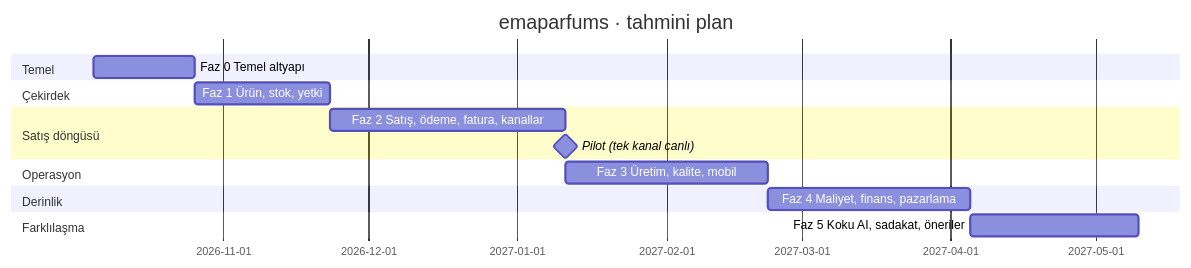
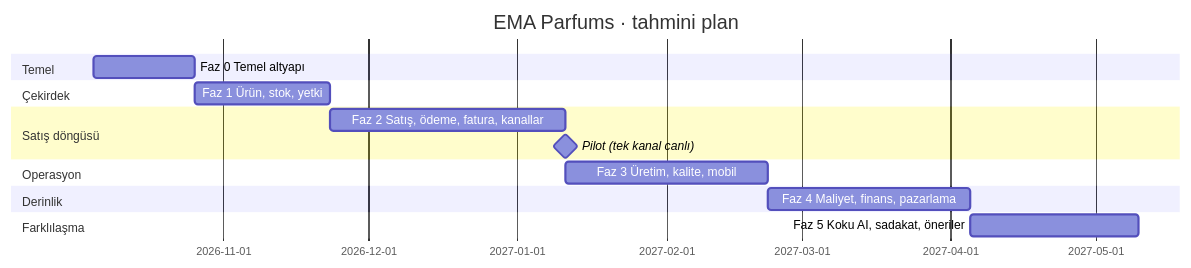
The diagram in docs/05-yol-haritasi.md (muhammedkoca-medra/emaparfums-erp), drawn with Mermaid before and after one commit. The commit also changed 22 other files, not shown here.

First line of the commit message:
feat(web): EMA Parfums logo and brand name

````diff
--- a/docs/05-yol-haritasi.md
+++ b/docs/05-yol-haritasi.md
@@ -7,18 +7,18 @@
 ```mermaid
 gantt
   dateFormat  YYYY-MM-DD
-  title emaparfums · tahmini plan
+  title EMA Parfums · tahmini plan
   section Temel
   Faz 0 Temel altyapı          :f0, 2026-10-05, 3w
   section Çekirdek
   Faz 1 Ürün, stok, yetki      :f1, after f0, 4w
   section Satış döngüsü
   Faz 2 Satış, ödeme, fatura, kanallar :f2, after f1, 7w
   Pilot (tek kanal canlı)      :milestone, after f2, 0d
   section Operasyon
   Faz 3 Üretim, kalite, mobil  :f3, after f2, 6w
   section Derinlik
   Faz 4 Maliyet, finans, pazarlama :f4, after f3, 6w
   section Farklılaşma
   Faz 5 Koku AI, sadakat, öneriler :f5, after f4, 5w
 ```
````
